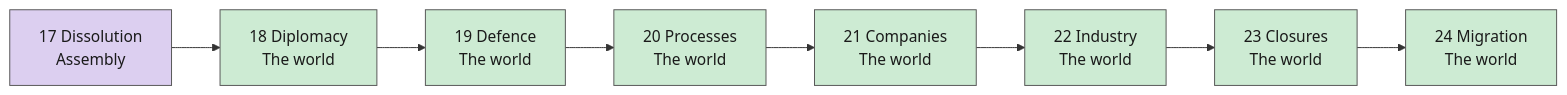
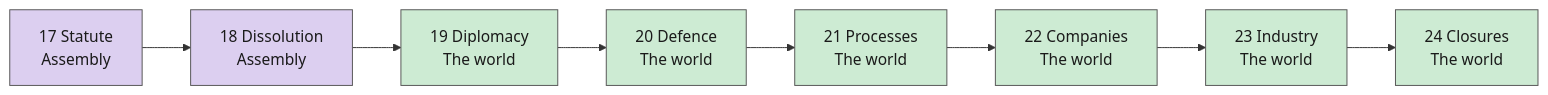
The third of 5 diagrams in docs/tick-order.md (powerbassist/World-simulator), drawn with Mermaid before and after one commit. The commit also changed other lines of this file and 20 other files, not shown here.

````diff
--- a/docs/tick-order.md
+++ b/docs/tick-order.md
@@ -63,18 +63,18 @@
 ```mermaid
 flowchart LR
-  s17["17 Dissolution<br/>Assembly"]:::g2
-  s18["18 Diplomacy<br/>The world"]:::g3
-  s19["19 Defence<br/>The world"]:::g3
-  s20["20 Processes<br/>The world"]:::g3
-  s21["21 Companies<br/>The world"]:::g3
-  s22["22 Industry<br/>The world"]:::g3
-  s23["23 Closures<br/>The world"]:::g3
-  s24["24 Migration<br/>The world"]:::g3
+  s17["17 Statute<br/>Assembly"]:::g2
+  s18["18 Dissolution<br/>Assembly"]:::g2
+  s19["19 Diplomacy<br/>The world"]:::g3
+  s20["20 Defence<br/>The world"]:::g3
+  s21["21 Processes<br/>The world"]:::g3
+  s22["22 Companies<br/>The world"]:::g3
+  s23["23 Industry<br/>The world"]:::g3
+  s24["24 Closures<br/>The world"]:::g3
   s17 --> s18 --> s19 --> s20 --> s21 --> s22 --> s23 --> s24
   classDef g0 fill:#cfe3f7,stroke:#555,color:#1a1a1a
   classDef g1 fill:#f6dcc2,stroke:#555,color:#1a1a1a
   classDef g2 fill:#dccff0,stroke:#555,color:#1a1a1a
   classDef g3 fill:#cdebd3,stroke:#555,color:#1a1a1a
   classDef g4 fill:#f3e7b5,stroke:#555,color:#1a1a1a
   classDef g5 fill:#f2cfd3,stroke:#555,color:#1a1a1a
 ```
````
